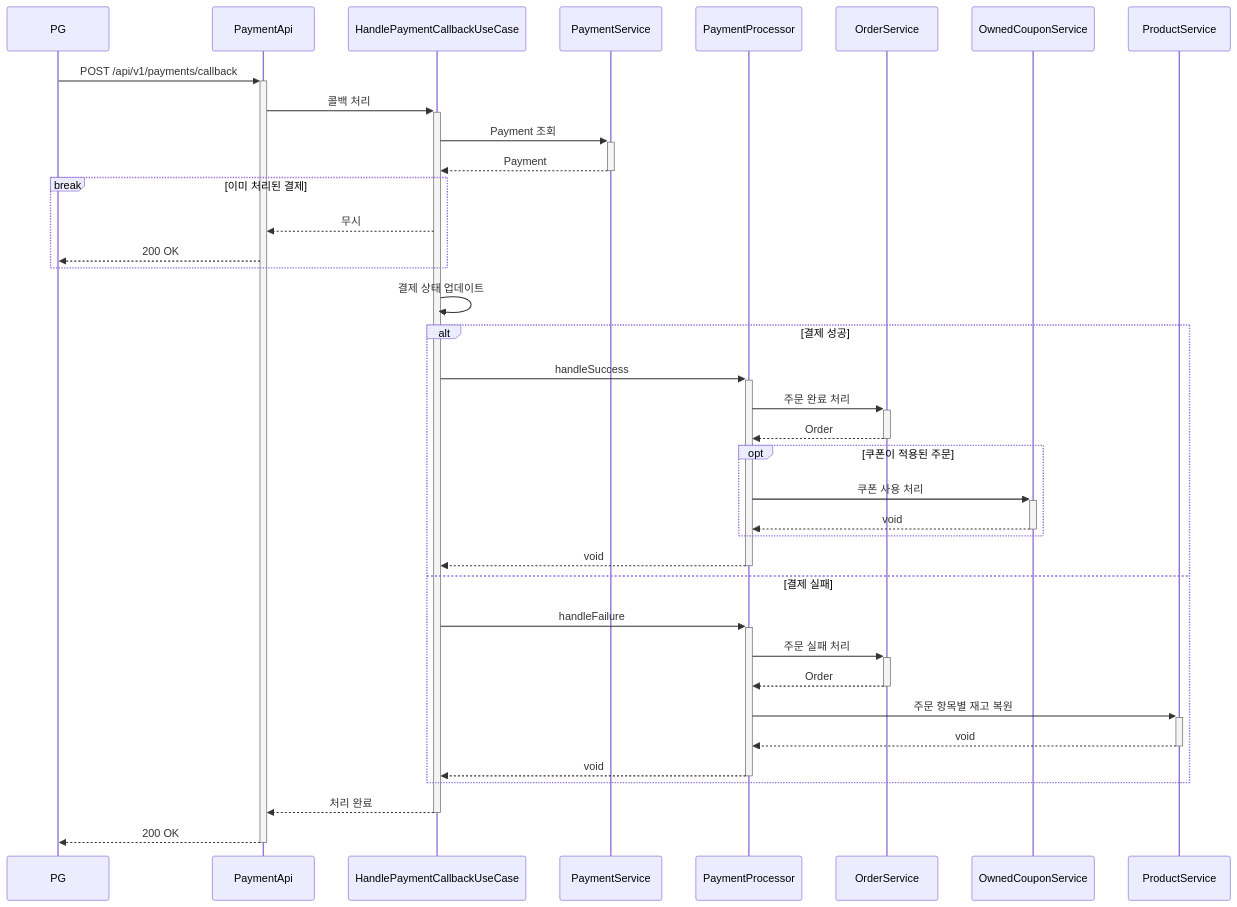
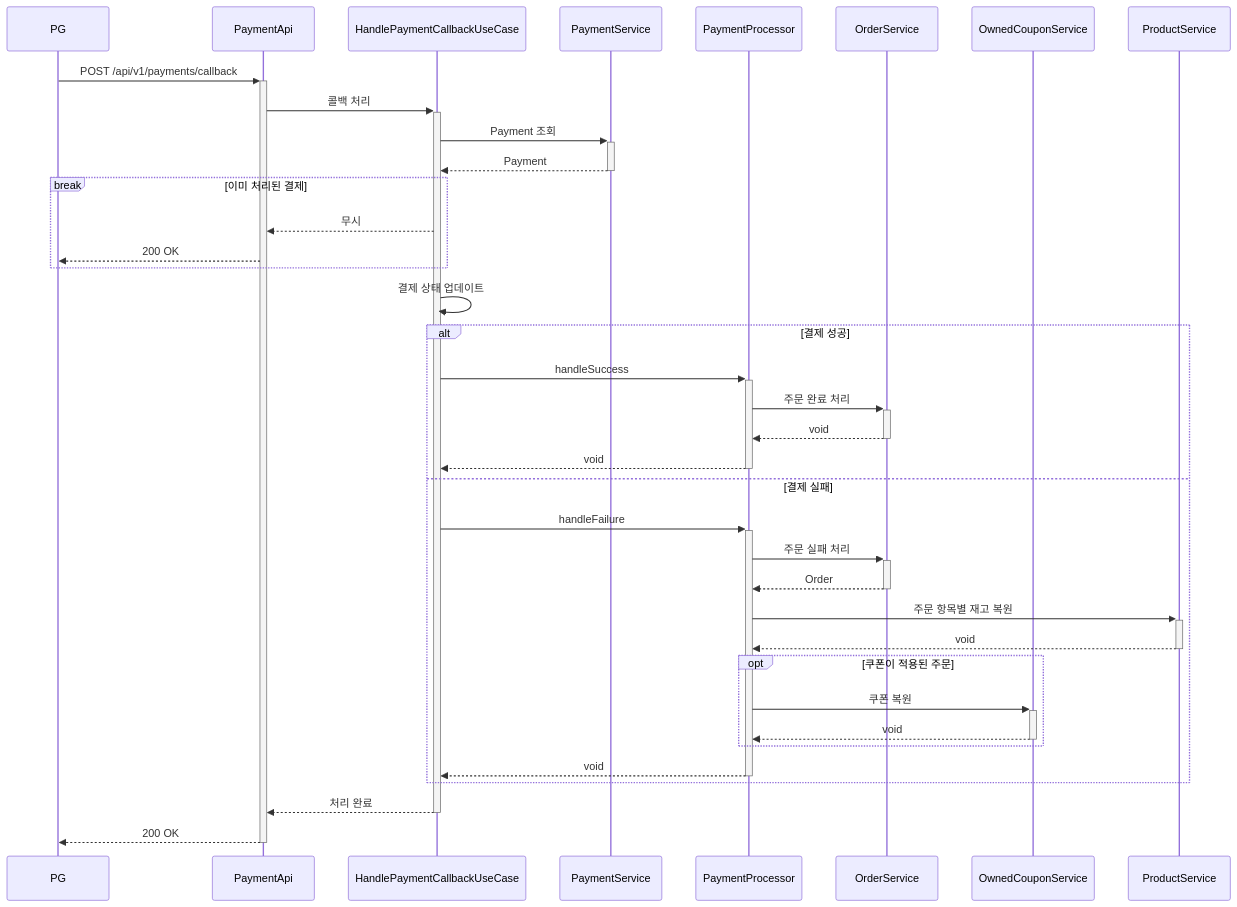
Diagram 33 of 33 in .docs/design/02-sequence-diagrams.md (Loopers-dev-lab/loop-pack-be-l2-vol3-java), drawn with Mermaid before and after one commit. The commit also changed other lines of this file and 7 other files, not shown here.

````diff
--- a/.docs/design/02-sequence-diagrams.md
+++ b/.docs/design/02-sequence-diagrams.md
@@ -1124,48 +1124,48 @@
 ```mermaid
 sequenceDiagram
     participant PG
     participant PaymentApi
     participant HandlePaymentCallbackUseCase
     participant PaymentService
     participant PaymentProcessor
     participant OrderService
     participant OwnedCouponService
     participant ProductService
 
     PG ->>+ PaymentApi: POST /api/v1/payments/callback
     PaymentApi ->>+ HandlePaymentCallbackUseCase: 콜백 처리
 
     HandlePaymentCallbackUseCase ->>+ PaymentService: Payment 조회
     PaymentService -->>- HandlePaymentCallbackUseCase: Payment
 
     break 이미 처리된 결제
         HandlePaymentCallbackUseCase -->> PaymentApi: 무시
         PaymentApi -->> PG: 200 OK
     end
 
     HandlePaymentCallbackUseCase ->> HandlePaymentCallbackUseCase: 결제 상태 업데이트
 
     alt 결제 성공
         HandlePaymentCallbackUseCase ->>+ PaymentProcessor: handleSuccess
         PaymentProcessor ->>+ OrderService: 주문 완료 처리
-        OrderService -->>- PaymentProcessor: Order
-
-        opt 쿠폰이 적용된 주문
-            PaymentProcessor ->>+ OwnedCouponService: 쿠폰 사용 처리
-            OwnedCouponService -->>- PaymentProcessor: void
-        end
+        OrderService -->>- PaymentProcessor: void
         PaymentProcessor -->>- HandlePaymentCallbackUseCase: void
 
     else 결제 실패
         HandlePaymentCallbackUseCase ->>+ PaymentProcessor: handleFailure
         PaymentProcessor ->>+ OrderService: 주문 실패 처리
         OrderService -->>- PaymentProcessor: Order
 
         PaymentProcessor ->>+ ProductService: 주문 항목별 재고 복원
         ProductService -->>- PaymentProcessor: void
+
+        opt 쿠폰이 적용된 주문
+            PaymentProcessor ->>+ OwnedCouponService: 쿠폰 복원
+            OwnedCouponService -->>- PaymentProcessor: void
+        end
         PaymentProcessor -->>- HandlePaymentCallbackUseCase: void
     end
 
     HandlePaymentCallbackUseCase -->>- PaymentApi: 처리 완료
     PaymentApi -->>- PG: 200 OK
 ```
````
